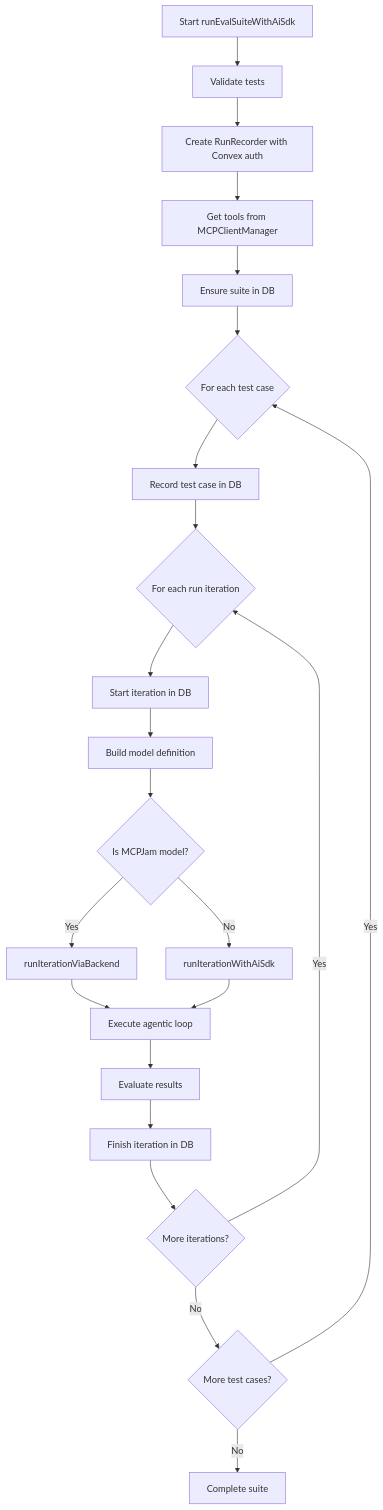
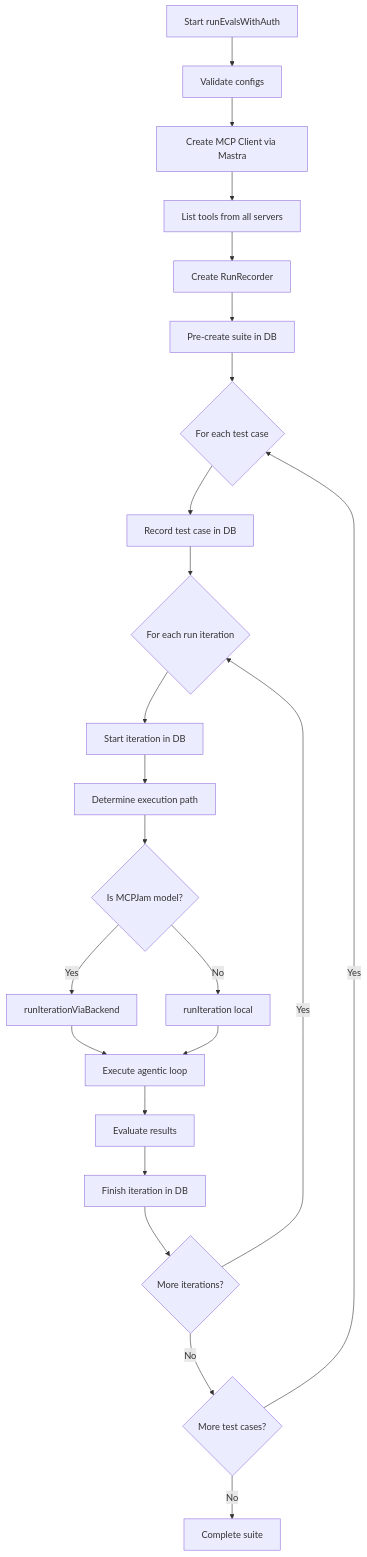
One commit to MCPJam/inspector changed the sixth of 11 diagrams in docs/contributing/evals-architecture.mdx. Above: the diagram before and after it, drawn with Mermaid. The commit also changed other lines of this file, not shown here.

````diff
--- a/docs/contributing/evals-architecture.mdx
+++ b/docs/contributing/evals-architecture.mdx
@@ -294,29 +295,30 @@
 ```mermaid
 flowchart TD
-    A[Start runEvalSuiteWithAiSdk] --> B[Validate tests]
-    B --> C[Create RunRecorder with Convex auth]
-    C --> D[Get tools from MCPClientManager]
-    D --> E[Ensure suite in DB]
+    A[Start runEvalsWithAuth] --> B[Validate configs]
+    B --> C[Create MCP Client via Mastra]
+    C --> D[List tools from all servers]
+    D --> E[Create RunRecorder]
+    E --> F[Pre-create suite in DB]
 
-    E --> F{For each test case}
-    F --> G[Record test case in DB]
-    G --> H{For each run iteration}
-    H --> I[Start iteration in DB]
-    I --> J[Build model definition]
-    J --> K{Is MCPJam model?}
+    F --> G{For each test case}
+    G --> H[Record test case in DB]
+    H --> I{For each run iteration}
+    I --> J[Start iteration in DB]
+    J --> K[Determine execution path]
 
-    K -->|Yes| L[runIterationViaBackend]
-    K -->|No| M[runIterationWithAiSdk]
+    K --> L{Is MCPJam model?}
+    L -->|Yes| M[runIterationViaBackend]
+    L -->|No| N[runIteration local]
 
-    L --> N[Execute agentic loop]
-    M --> N
+    M --> O[Execute agentic loop]
+    N --> O
 
-    N --> O[Evaluate results]
-    O --> P[Finish iteration in DB]
+    O --> P[Evaluate results]
+    P --> Q[Finish iteration in DB]
 
-    P --> Q{More iterations?}
-    Q -->|Yes| H
-    Q -->|No| R{More test cases?}
-    R -->|Yes| F
-    R -->|No| S[Complete suite]
+    Q --> R{More iterations?}
+    R -->|Yes| I
+    R -->|No| S{More test cases?}
+    S -->|Yes| G
+    S -->|No| T[Complete suite]
 ```
````
